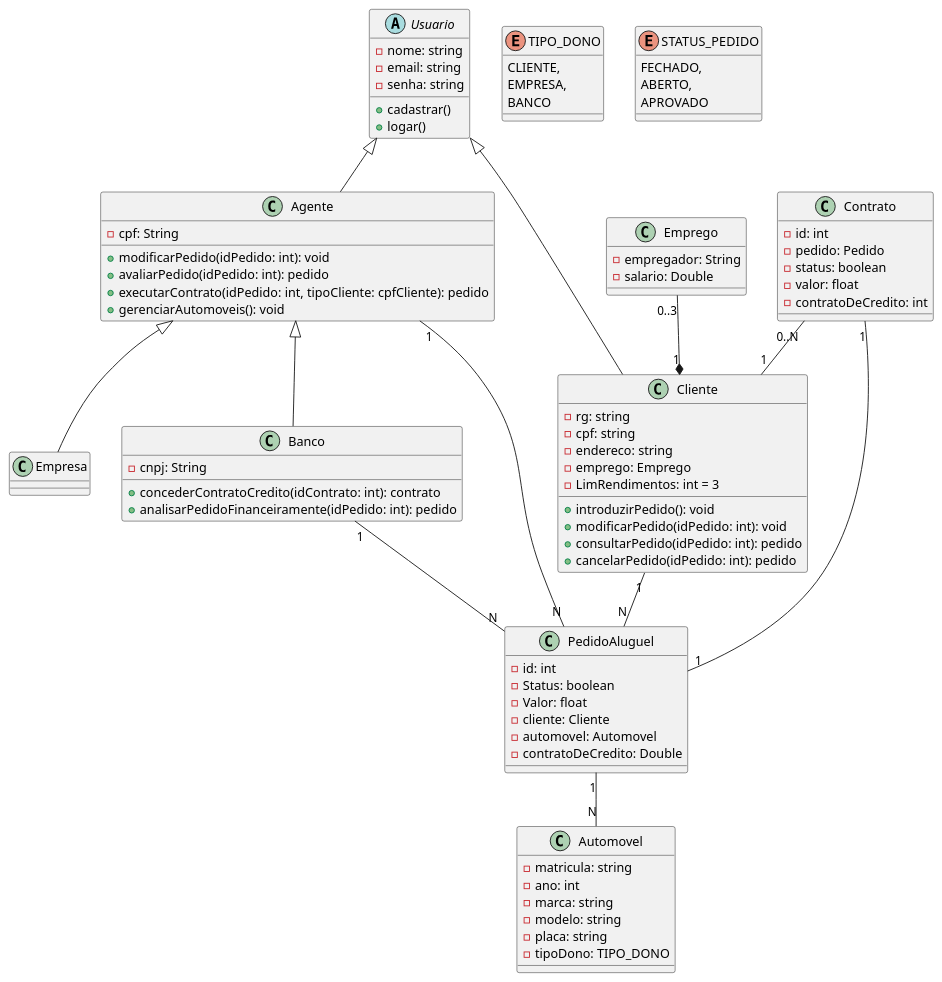
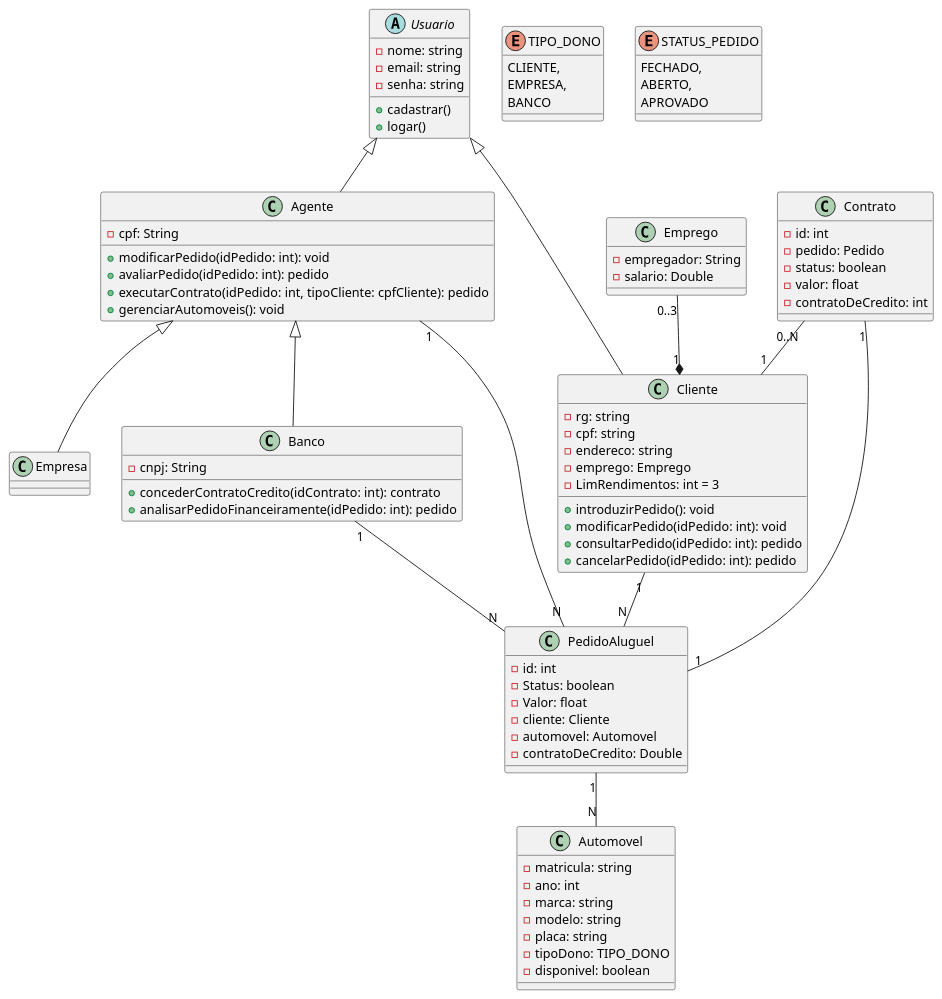
One commit to GuilhermeFalante/LDS_Aluguel_de_Carros changed the diagram in projeto/diagramaDeClasseSprint2.md. Above: the diagram before and after it, drawn with PlantUML. The commit also changed 1 other file, not shown here.

Commit message:
arrumando diagrama de classes

```diff
--- a/projeto/diagramaDeClasseSprint2.md
+++ b/projeto/diagramaDeClasseSprint2.md
@@ -73,6 +73,7 @@
     -modelo: string
     -placa: string
     -tipoDono: TIPO_DONO
+    -disponivel: boolean
 }
 
 class Emprego {
```
